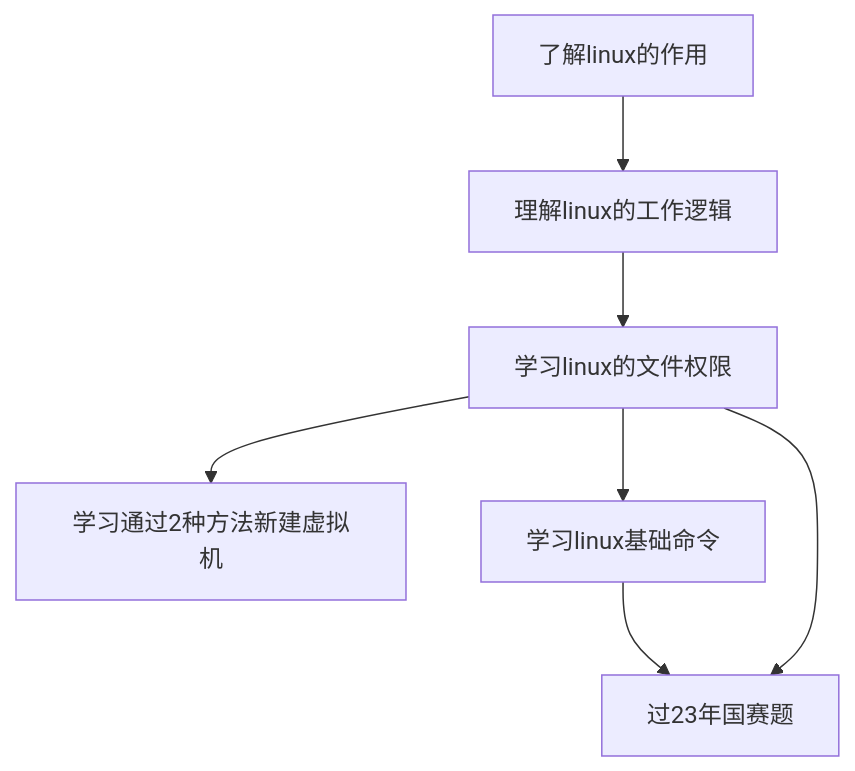
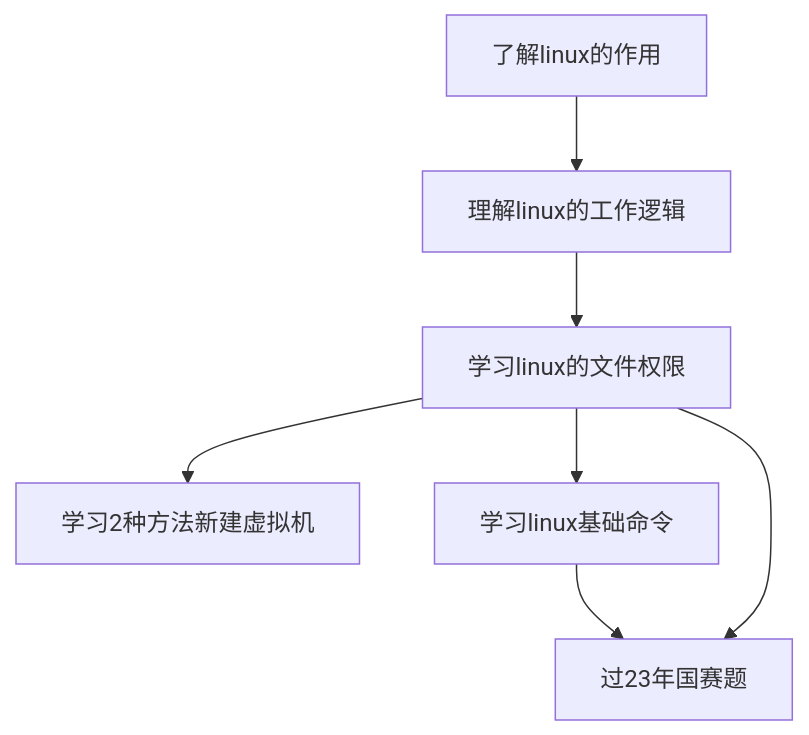
One commit to ICrazybabyI/note changed the diagram in linux_note/README_linux.md. Above: the diagram before and after it, drawn with Mermaid. The commit also changed other lines of this file, not shown here.

Commit message:
vault backup: 2026-04-26 21:48:42

````diff
--- a/linux_note/README_linux.md
+++ b/linux_note/README_linux.md
@@ -2,9 +2,9 @@
 ```mermaid
 graph TD;
   A["了解linux的作用"] --> B["理解linux的工作逻辑"];
   B --> C["学习linux的文件权限"];
-  C --> D["学习通过2种方法新建虚拟机"];
+  C --> D["学习2种方法新建虚拟机"];
   C --> E["学习linux基础命令"];
   E --> F["过23年国赛题[^1]"];
   C --> F["过23年国赛题"];
 ```
````
